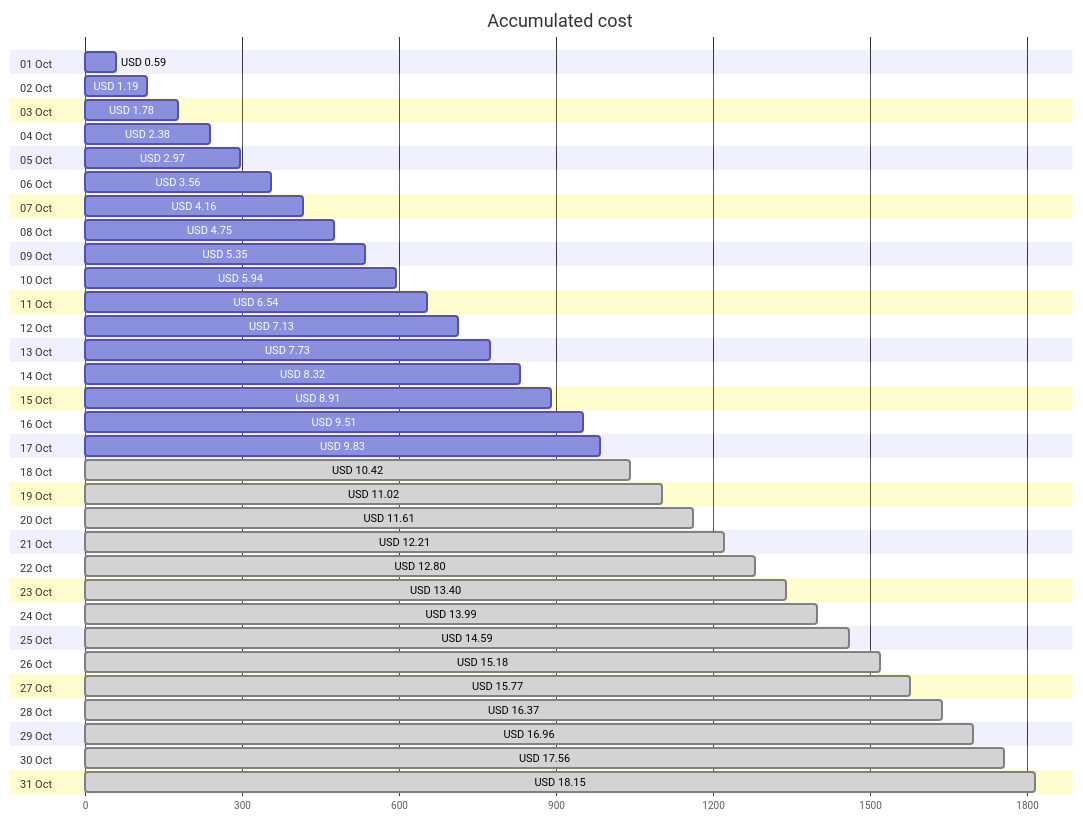
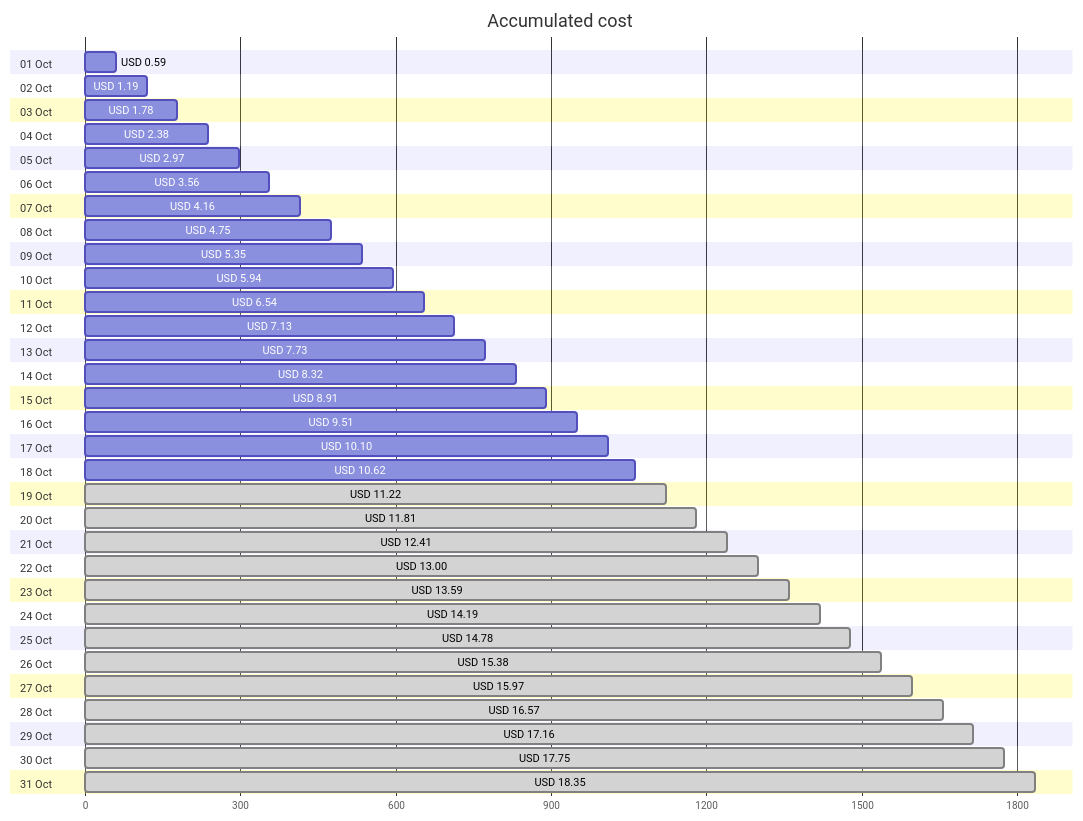
Before and after one commit to jpfulton/azure-personal-reports: the first of 4 diagrams in cost-reports/personal-site/README.md, drawn with Mermaid. The commit also changed other lines of this file and 7 other files, not shown here.

````diff
--- a/cost-reports/personal-site/README.md
+++ b/cost-reports/personal-site/README.md
@@ -20,68 +20,68 @@
 ```mermaid
 gantt
    title Accumulated cost
    dateFormat  X
    axisFormat %s
    section 01 Oct
    USD 0.59 :0, 59
    section 02 Oct
    USD 1.19 :0, 119
    section 03 Oct
    USD 1.78 :0, 178
    section 04 Oct
    USD 2.38 :0, 238
    section 05 Oct
    USD 2.97 :0, 297
    section 06 Oct
    USD 3.56 :0, 356
    section 07 Oct
    USD 4.16 :0, 416
    section 08 Oct
    USD 4.75 :0, 475
    section 09 Oct
    USD 5.35 :0, 535
    section 10 Oct
    USD 5.94 :0, 594
    section 11 Oct
    USD 6.54 :0, 654
    section 12 Oct
    USD 7.13 :0, 713
    section 13 Oct
    USD 7.73 :0, 773
    section 14 Oct
    USD 8.32 :0, 832
    section 15 Oct
    USD 8.91 :0, 891
    section 16 Oct
    USD 9.51 :0, 951
    section 17 Oct
-   USD 9.83 :0, 983
+   USD 10.10 :0, 1010
    section 18 Oct
-   USD 10.42 : done, 0, 1042
+   USD 10.62 :0, 1062
    section 19 Oct
-   USD 11.02 : done, 0, 1102
+   USD 11.22 : done, 0, 1122
    section 20 Oct
-   USD 11.61 : done, 0, 1161
+   USD 11.81 : done, 0, 1181
    section 21 Oct
-   USD 12.21 : done, 0, 1221
+   USD 12.41 : done, 0, 1241
    section 22 Oct
-   USD 12.80 : done, 0, 1280
+   USD 13.00 : done, 0, 1300
    section 23 Oct
-   USD 13.40 : done, 0, 1340
+   USD 13.59 : done, 0, 1359
    section 24 Oct
-   USD 13.99 : done, 0, 1399
+   USD 14.19 : done, 0, 1419
    section 25 Oct
-   USD 14.59 : done, 0, 1459
+   USD 14.78 : done, 0, 1478
    section 26 Oct
-   USD 15.18 : done, 0, 1518
+   USD 15.38 : done, 0, 1538
    section 27 Oct
-   USD 15.77 : done, 0, 1577
+   USD 15.97 : done, 0, 1597
    section 28 Oct
-   USD 16.37 : done, 0, 1637
+   USD 16.57 : done, 0, 1657
    section 29 Oct
-   USD 16.96 : done, 0, 1696
+   USD 17.16 : done, 0, 1716
    section 30 Oct
-   USD 17.56 : done, 0, 1756
+   USD 17.75 : done, 0, 1775
    section 31 Oct
-   USD 18.15 : done, 0, 1815
+   USD 18.35 : done, 0, 1835
 ```
````
